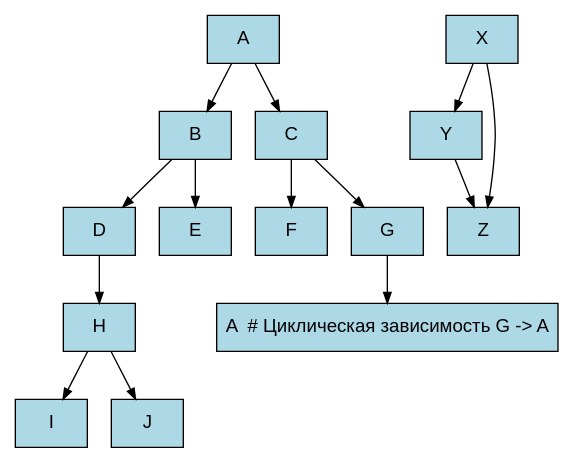
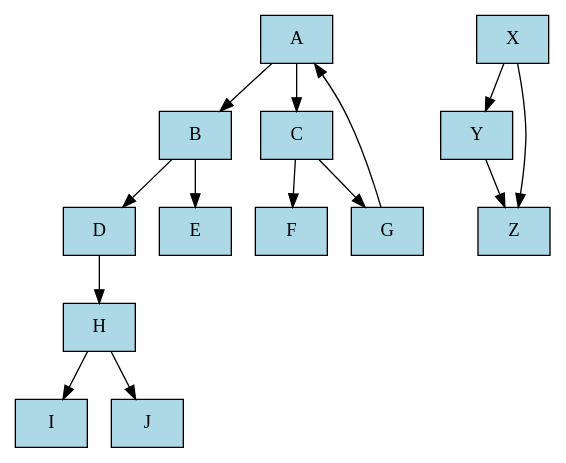
Before and after one commit to dmitry487/kon_upr: the diagram in dependencies.dot, drawn with Graphviz. The commit also changed 1 other file, not shown here.

```diff
--- a/dependencies.dot
+++ b/dependencies.dot
@@ -1,21 +1,17 @@
 digraph Dependencies {
     rankdir=TB;
     node [shape=box, style=filled, fillcolor=lightblue];
-    edge [arrowsize=0.8];
-    graph [fontname="Arial"];
-    node [fontname="Arial"];
-    edge [fontname="Arial"];
     "A" -> "B";
     "A" -> "C";
     "B" -> "D";
     "B" -> "E";
     "D" -> "H";
     "H" -> "I";
     "H" -> "J";
     "C" -> "F";
     "C" -> "G";
-    "G" -> "A  # Циклическая зависимость G -> A";
+    "G" -> "A";
     "X" -> "Y";
     "X" -> "Z";
     "Y" -> "Z";
 }
```
